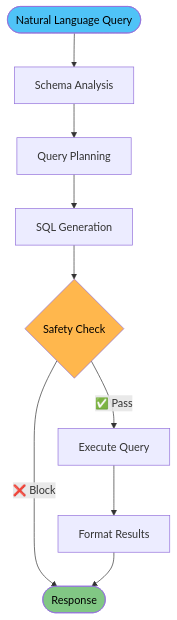
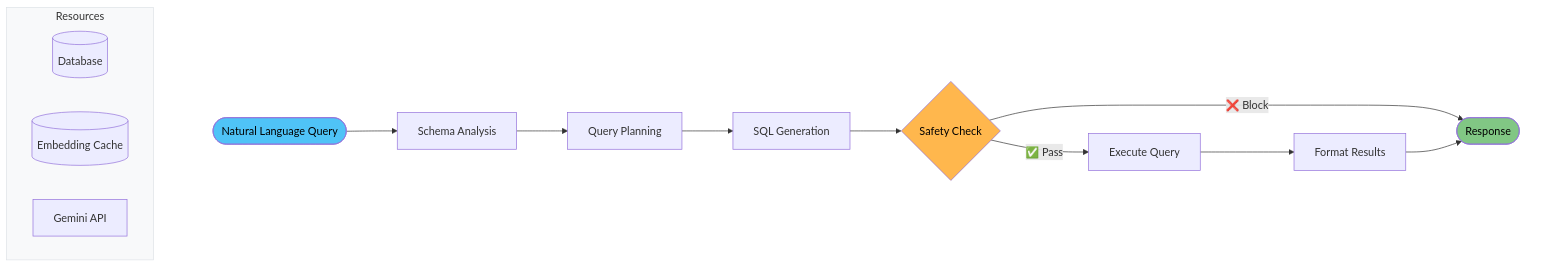
One commit to keo571/netquery changed the diagram in README.md. Above: the diagram before and after it, drawn with Mermaid.

Commit message:
Add key resources back to Mermaid chart without visual clutter
- Show Database, Embedding Cache, and Gemini API in separate Resources box
- Keep main pipeline clean without connecting lines
- Use side-by-side subgraphs to show components without noise
- Resources are visible but don't interfere with main flow
- Clean visual separation between processing steps and supporting components
- Best of both worlds: complete info without messy connections

🤖 Generated with [Claude Code](https://claude.ai/code)

````diff
--- a/README.md
+++ b/README.md
@@ -7,15 +7,25 @@
 ```mermaid
 flowchart TD
-    A([Natural Language Query]) --> B[Schema Analysis]
-    B --> C[Query Planning] 
-    C --> D[SQL Generation]
-    D --> E{Safety Check}
-    E -->|✅ Pass| F[Execute Query]
-    E -->|❌ Block| H
-    F --> G[Format Results]
-    G --> H([Response])
+    subgraph pipeline [" "]
+        A([Natural Language Query]) --> B[Schema Analysis]
+        B --> C[Query Planning] 
+        C --> D[SQL Generation]
+        D --> E{Safety Check}
+        E -->|✅ Pass| F[Execute Query]
+        E -->|❌ Block| H
+        F --> G[Format Results]
+        G --> H([Response])
+    end
+    
+    subgraph resources ["Resources"]
+        DB[(Database)]
+        CACHE[(Embedding Cache)]
+        LLM[Gemini API]
+    end
     
     style A fill:#4FC3F7,color:#000
     style H fill:#81C784,color:#000
     style E fill:#FFB74D,color:#000
+    style pipeline fill:none,stroke:none
+    style resources fill:#f8f9fa,stroke:#dee2e6
 ```
````
